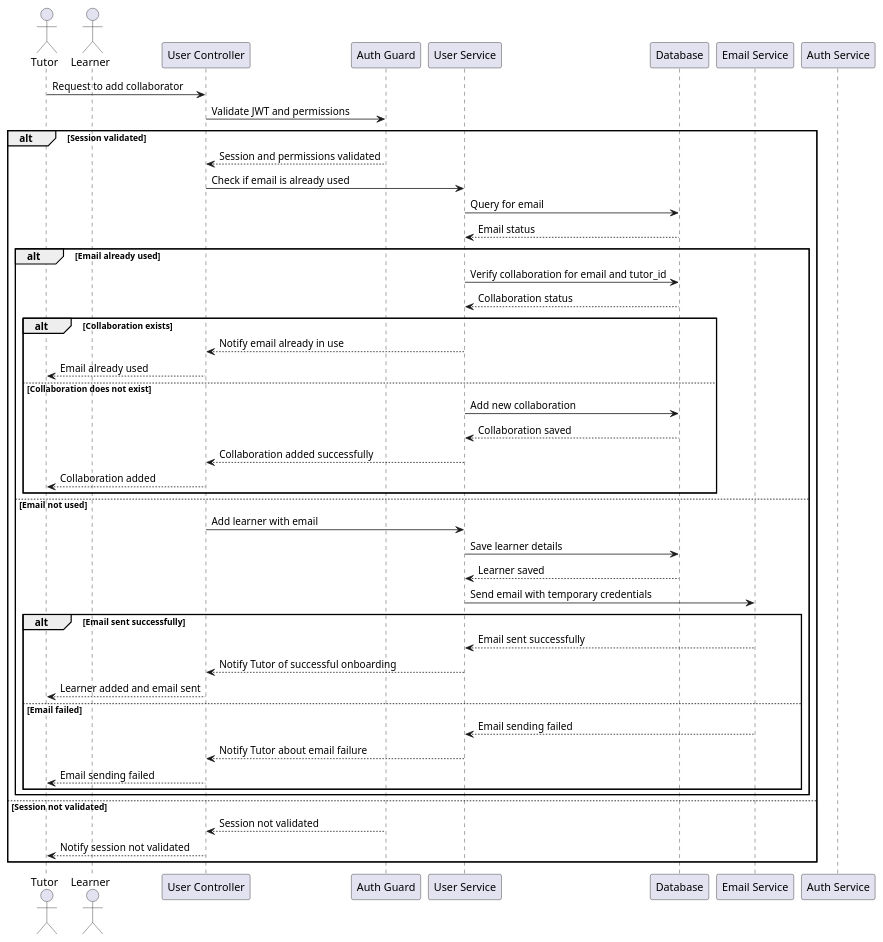
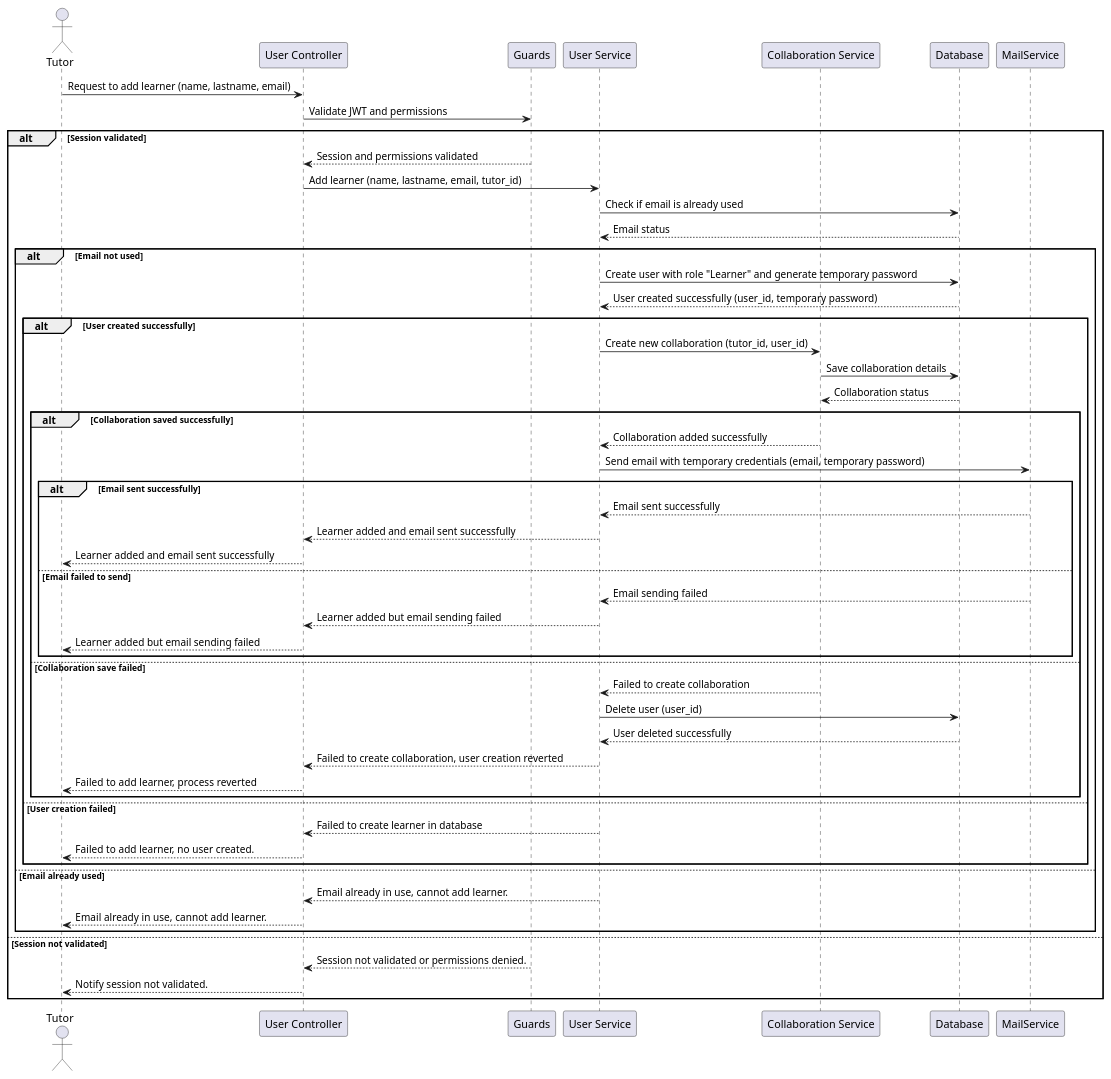
One commit to Davidben75/Elearn_api changed the diagram in UML/sequence/sequence_onboarding.pu. Above: the diagram before and after it, drawn with PlantUML. The commit also changed 3 other files, not shown here.

Commit message:
update diagramms and add new one

```diff
--- a/UML/sequence/sequence_onboarding.pu
+++ b/UML/sequence/sequence_onboarding.pu
@@ -1,55 +1,66 @@
-@startuml "Sequence onboarding"
+@startuml "Sequence onboarding with Collaboration Service"
 
 actor Tutor
-actor Learner
 participant "User Controller" as UserController
-participant "Auth Guard" as AuthGuard
+participant "Guards" as Guards
 participant "User Service" as UserService
+participant "Collaboration Service" as CollaborationService
 participant "Database" as Database
-participant "Email Service" as EmailService
-participant "Auth Service" as AuthService
+participant "MailService" as MailService
 
-Tutor -> UserController: Request to add collaborator
-UserController -> AuthGuard: Validate JWT and permissions
+Tutor -> UserController: Request to add learner (name, lastname, email)
+UserController -> Guards: Validate JWT and permissions
 
 alt Session validated
-    AuthGuard --> UserController: Session and permissions validated
-    UserController -> UserService: Check if email is already used
-    UserService -> Database: Query for email
+    Guards --> UserController: Session and permissions validated
+    UserController -> UserService: Add learner (name, lastname, email, tutor_id)
+
+    UserService -> Database: Check if email is already used
     Database --> UserService: Email status
 
-    alt Email already used
-        UserService -> Database: Verify collaboration for email and tutor_id
-        Database --> UserService: Collaboration status
+    alt Email not used
+        UserService -> Database: Create user with role "Learner" and generate temporary password
+        Database --> UserService: User created successfully (user_id, temporary password)
 
-        alt Collaboration exists
-            UserService --> UserController: Notify email already in use
-            UserController --> Tutor: Email already used
-        else Collaboration does not exist
-            UserService -> Database: Add new collaboration
-            Database --> UserService: Collaboration saved
-            UserService --> UserController: Collaboration added successfully
-            UserController --> Tutor: Collaboration added
+        alt User created successfully
+            UserService -> CollaborationService: Create new collaboration (tutor_id, user_id)
+            CollaborationService -> Database: Save collaboration details
+            Database --> CollaborationService: Collaboration status
+
+            alt Collaboration saved successfully
+                CollaborationService --> UserService: Collaboration added successfully
+                UserService -> MailService: Send email with temporary credentials (email, temporary password)
+                alt Email sent successfully
+                    MailService --> UserService: Email sent successfully
+                    UserService --> UserController: Learner added and email sent successfully
+                    UserController --> Tutor: Learner added and email sent successfully
+                else Email failed to send
+                    MailService --> UserService: Email sending failed
+                    UserService --> UserController: Learner added but email sending failed
+                    UserController --> Tutor: Learner added but email sending failed
+                end
+
+            else Collaboration save failed
+                CollaborationService --> UserService: Failed to create collaboration
+                UserService -> Database: Delete user (user_id)
+                Database --> UserService: User deleted successfully
+                UserService --> UserController: Failed to create collaboration, user creation reverted
+                UserController --> Tutor: Failed to add learner, process reverted
+            end
+
+        else User creation failed
+            UserService --> UserController: Failed to create learner in database
+            UserController --> Tutor: Failed to add learner, no user created.
         end
-    else Email not used
-        UserController -> UserService: Add learner with email
-        UserService -> Database: Save learner details
-        Database --> UserService: Learner saved
 
-        UserService -> EmailService: Send email with temporary credentials
-        alt Email sent successfully
-            EmailService --> UserService: Email sent successfully
-            UserService --> UserController: Notify Tutor of successful onboarding
-            UserController --> Tutor: Learner added and email sent
-        else Email failed
-            EmailService --> UserService: Email sending failed
-            UserService --> UserController: Notify Tutor about email failure
-            UserController --> Tutor: Email sending failed
-        end
+    else Email already used
+        UserService --> UserController: Email already in use, cannot add learner.
+        UserController --> Tutor: Email already in use, cannot add learner.
     end
+
 else Session not validated
-    AuthGuard --> UserController: Session not validated
-    UserController --> Tutor: Notify session not validated
+    Guards --> UserController: Session not validated or permissions denied.
+    UserController --> Tutor: Notify session not validated.
 end
 
 @enduml
```
